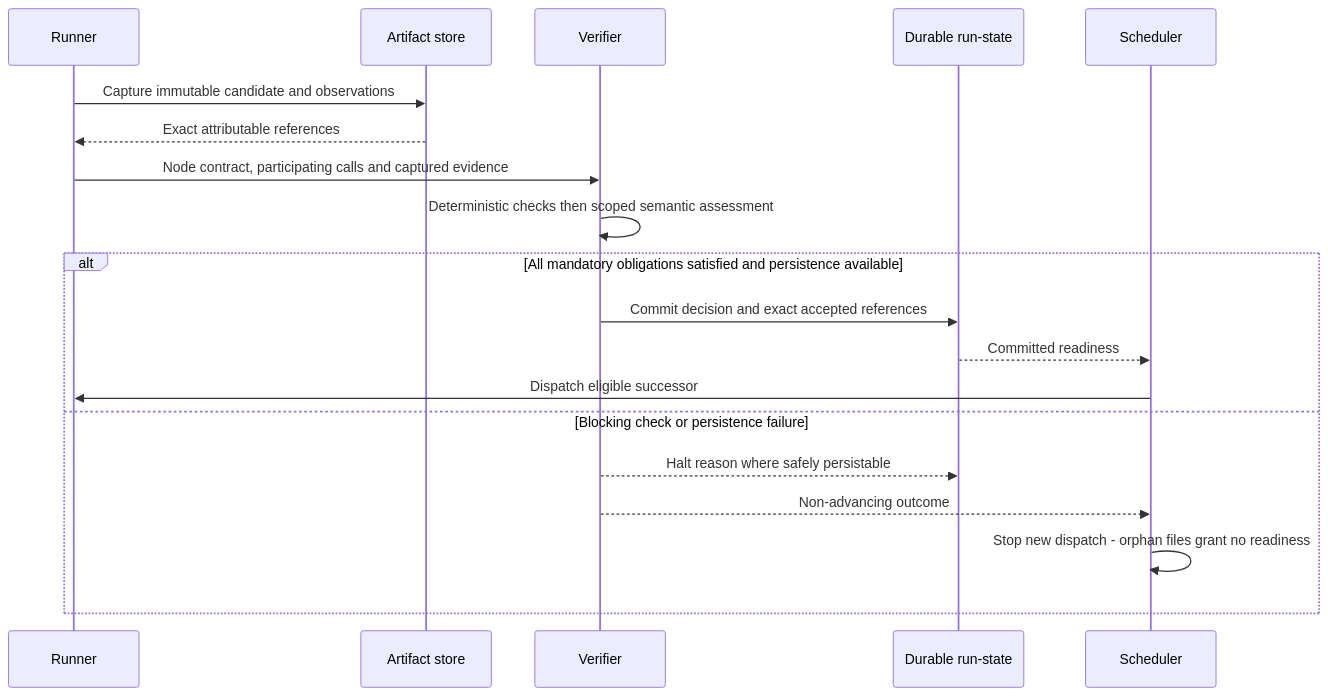
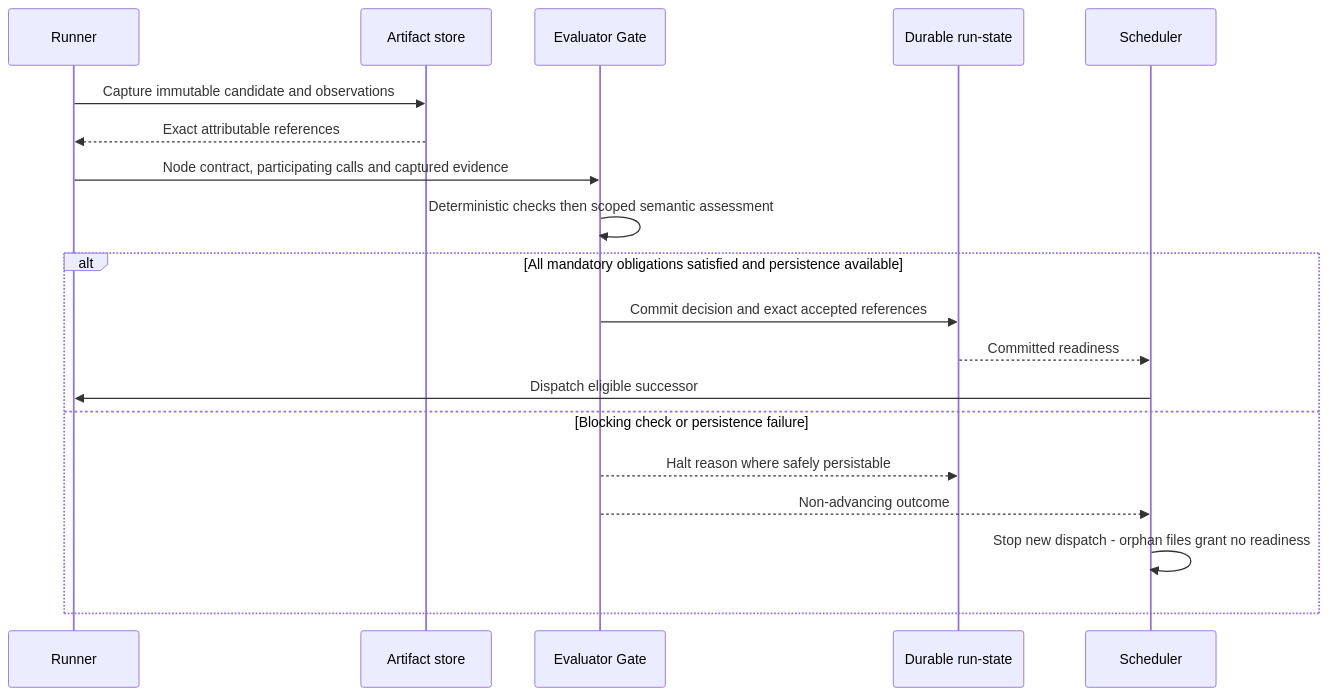
The second of 2 diagrams in docs/architecture/build-package/m1-design.md (Stellven/jiuwenswarm), drawn with Mermaid before and after one commit. The commit also changed other lines of this file and 39 other files, not shown here.

Commit message:
Standardize architecture vocabulary and name the Phase 1 intent slice

````diff
--- a/docs/architecture/build-package/m1-design.md
+++ b/docs/architecture/build-package/m1-design.md
@@ -83,21 +83,21 @@
 ```mermaid
 sequenceDiagram
     participant R as Runner
     participant F as Artifact store
-    participant V as Verifier
+    participant V as Evaluator Gate
     participant S as Durable run-state
     participant H as Scheduler
     R->>F: Capture immutable candidate and observations
     F-->>R: Exact attributable references
     R->>V: Node contract, participating calls and captured evidence
     V->>V: Deterministic checks then scoped semantic assessment
     alt All mandatory obligations satisfied and persistence available
         V->>S: Commit decision and exact accepted references
         S-->>H: Committed readiness
         H->>R: Dispatch eligible successor
     else Blocking check or persistence failure
         V-->>S: Halt reason where safely persistable
         V-->>H: Non-advancing outcome
         H->>H: Stop new dispatch - orphan files grant no readiness
     end
 ```
````
